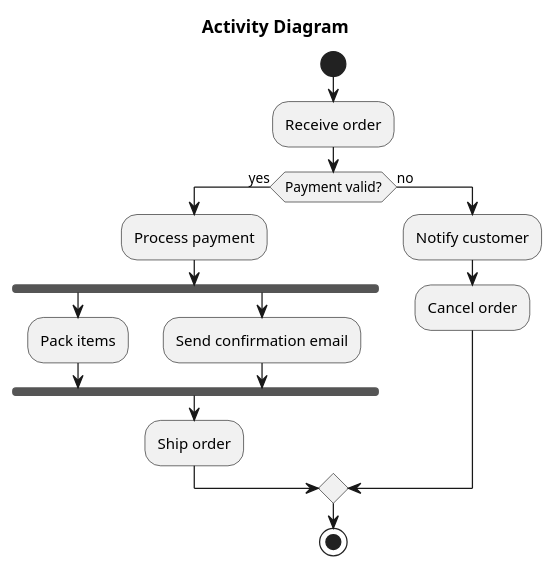
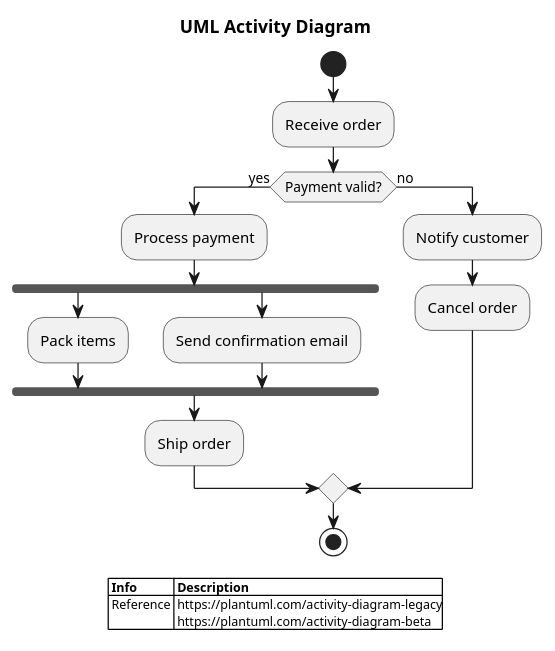
Before and after one commit to diosaraiva/plantuml-gui: the diagram in plantuml-gui-java/src/main/resources/plantuml/samples/uml_activity.puml, drawn with PlantUML. The commit also changed 27 other files, not shown here.

```diff
--- a/plantuml-gui-java/src/main/resources/plantuml/samples/uml_activity.puml
+++ b/plantuml-gui-java/src/main/resources/plantuml/samples/uml_activity.puml
@@ -1,21 +1,33 @@
 @startuml
 !pragma layout smetana
 
-title Activity Diagram
+title UML Activity Diagram
 
+' ---- Customizations ----
+skinparam legendBackgroundColor #white
+skinparam legendBorderColor #white
+skinparam legendFontSize 10
+
+' ---- Activities ----
 start
 :Receive order;
 if (Payment valid?) then (yes)
   :Process payment;
   fork
     :Pack items;
   fork again
     :Send confirmation email;
   end fork
   :Ship order;
 else (no)
   :Notify customer;
   :Cancel order;
 endif
 stop
+
+legend
+|= Info |= Description |
+| Reference | https://plantuml.com/activity-diagram-legacy\n https://plantuml.com/activity-diagram-beta |
+endlegend
+
 @enduml
```
